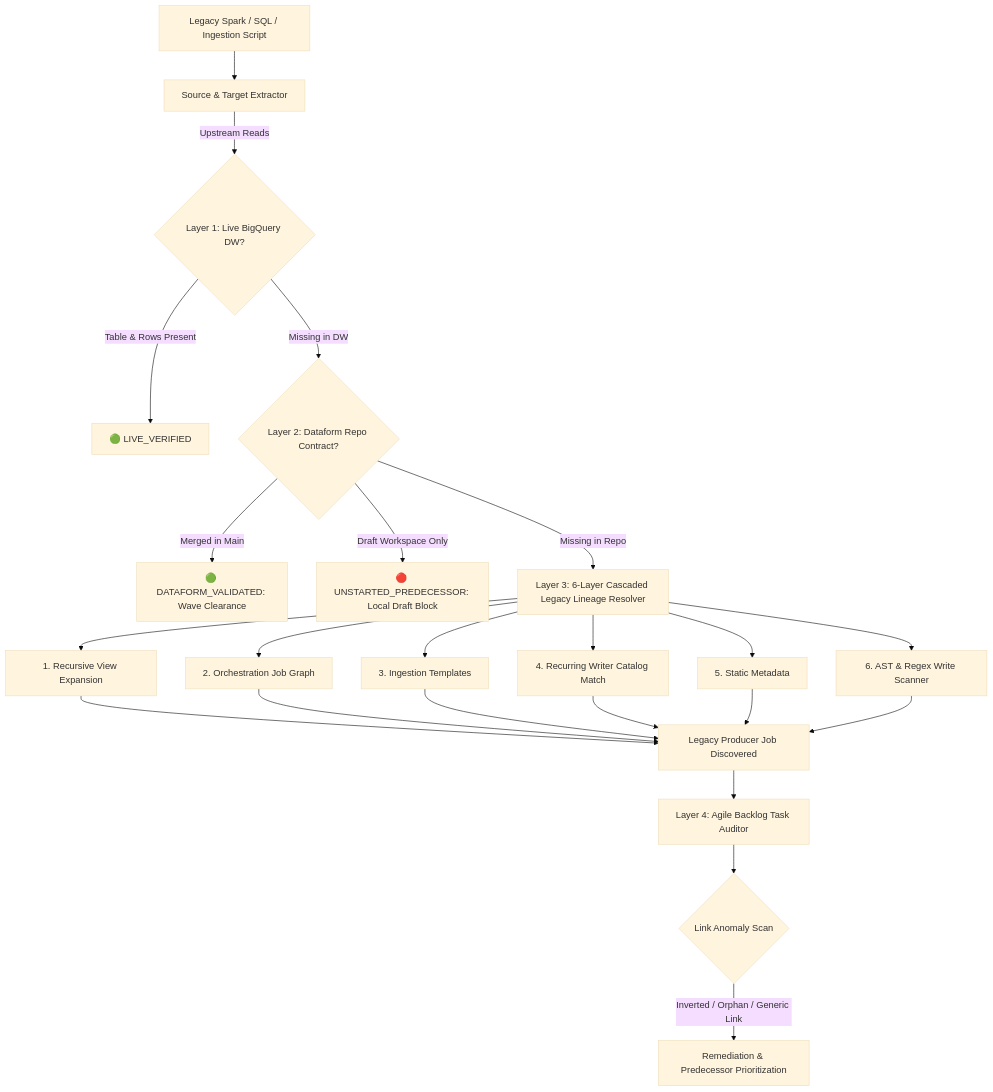
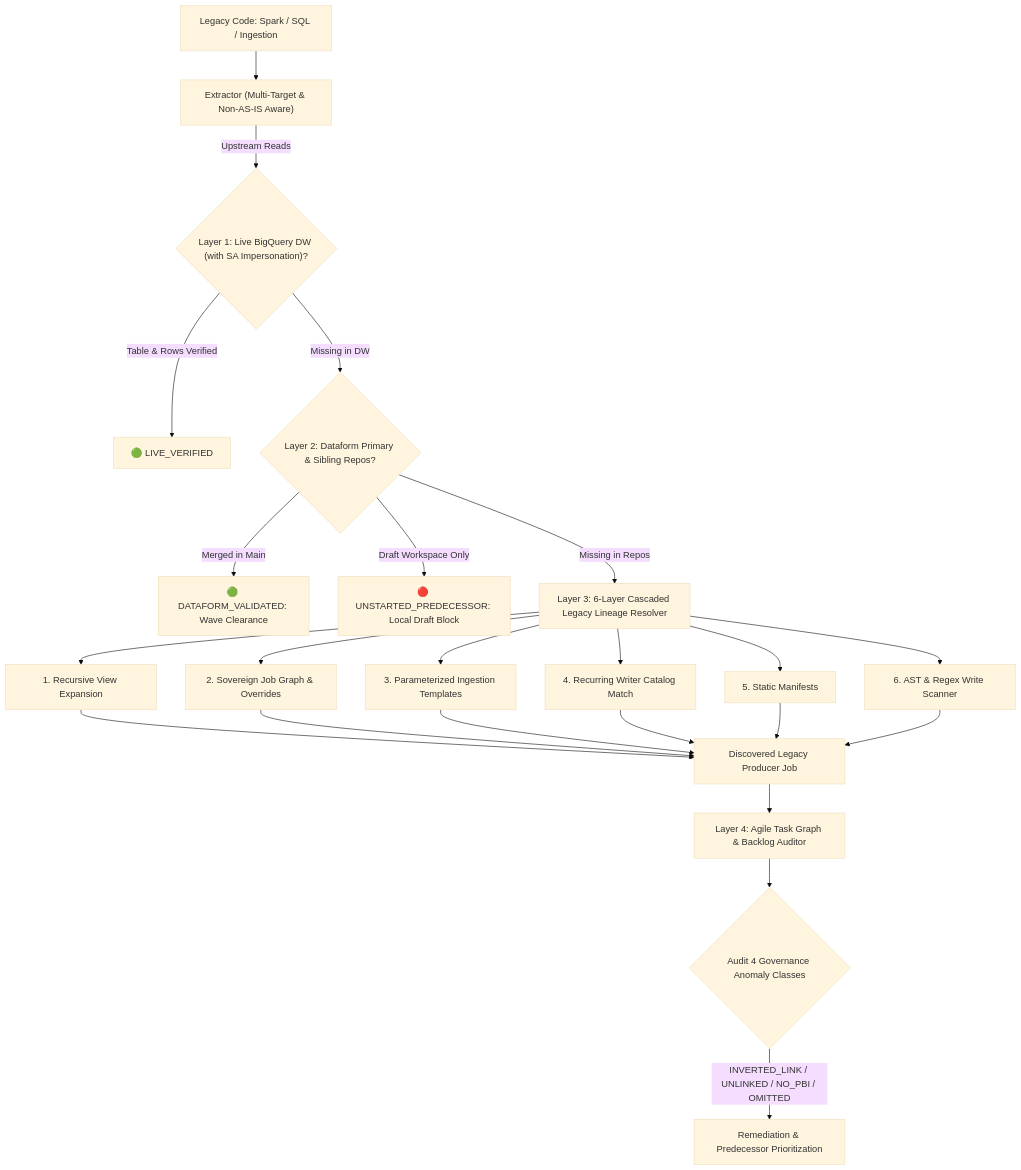
Before and after one commit to mvsimao/agent-skills: the diagram in skills/data-lineage-upstream-validator/SKILL.md, drawn with Mermaid (base theme). The commit also changed other lines of this file and 17 other files, not shown here.

````diff
--- a/skills/data-lineage-upstream-validator/SKILL.md
+++ b/skills/data-lineage-upstream-validator/SKILL.md
@@ -13,23 +13,23 @@
 ```mermaid
 flowchart TD
-    SQL["Legacy Spark / SQL / Ingestion Script"] --> EX["Source & Target Extractor"]
-    EX -->|Upstream Reads| C1{"Layer 1: Live BigQuery DW?"}
-    C1 -->|Table & Rows Present| APP1["🟢 LIVE_VERIFIED"]
-    C1 -->|Missing in DW| C2{"Layer 2: Dataform Repo Contract?"}
+    SQL["Legacy Code: Spark / SQL / Ingestion"] --> EX["Extractor (Multi-Target & Non-AS-IS Aware)"]
+    EX -->|Upstream Reads| C1{"Layer 1: Live BigQuery DW (with SA Impersonation)?"}
+    C1 -->|Table & Rows Verified| APP1["🟢 LIVE_VERIFIED"]
+    C1 -->|Missing in DW| C2{"Layer 2: Dataform Primary & Sibling Repos?"}
     
     C2 -->|Merged in Main| APP2["🟢 DATAFORM_VALIDATED: Wave Clearance"]
     C2 -->|Draft Workspace Only| BLK1["🔴 UNSTARTED_PREDECESSOR: Local Draft Block"]
-    C2 -->|Missing in Repo| C3["Layer 3: 6-Layer Cascaded Legacy Lineage Resolver"]
+    C2 -->|Missing in Repos| C3["Layer 3: 6-Layer Cascaded Legacy Lineage Resolver"]
 
     C3 --> L1["1. Recursive View Expansion"]
-    C3 --> L2["2. Orchestration Job Graph"]
-    C3 --> L3["3. Ingestion Templates"]
+    C3 --> L2["2. Sovereign Job Graph & Overrides"]
+    C3 --> L3["3. Parameterized Ingestion Templates"]
     C3 --> L4["4. Recurring Writer Catalog Match"]
-    C3 --> L5["5. Static Metadata"]
+    C3 --> L5["5. Static Manifests"]
     C3 --> L6["6. AST & Regex Write Scanner"]
 
-    L1 & L2 & L3 & L4 & L5 & L6 --> PROD["Legacy Producer Job Discovered"]
-    PROD --> C4["Layer 4: Agile Backlog Task Auditor"]
-    C4 --> ANOM{"Link Anomaly Scan"}
-    ANOM -->|Inverted / Orphan / Generic Link| FIX["Remediation & Predecessor Prioritization"]
+    L1 & L2 & L3 & L4 & L5 & L6 --> PROD["Discovered Legacy Producer Job"]
+    PROD --> C4["Layer 4: Agile Task Graph & Backlog Auditor"]
+    C4 --> ANOM{"Audit 4 Governance Anomaly Classes"}
+    ANOM -->|INVERTED_LINK / UNLINKED / NO_PBI / OMITTED| FIX["Remediation & Predecessor Prioritization"]
 ```
````
